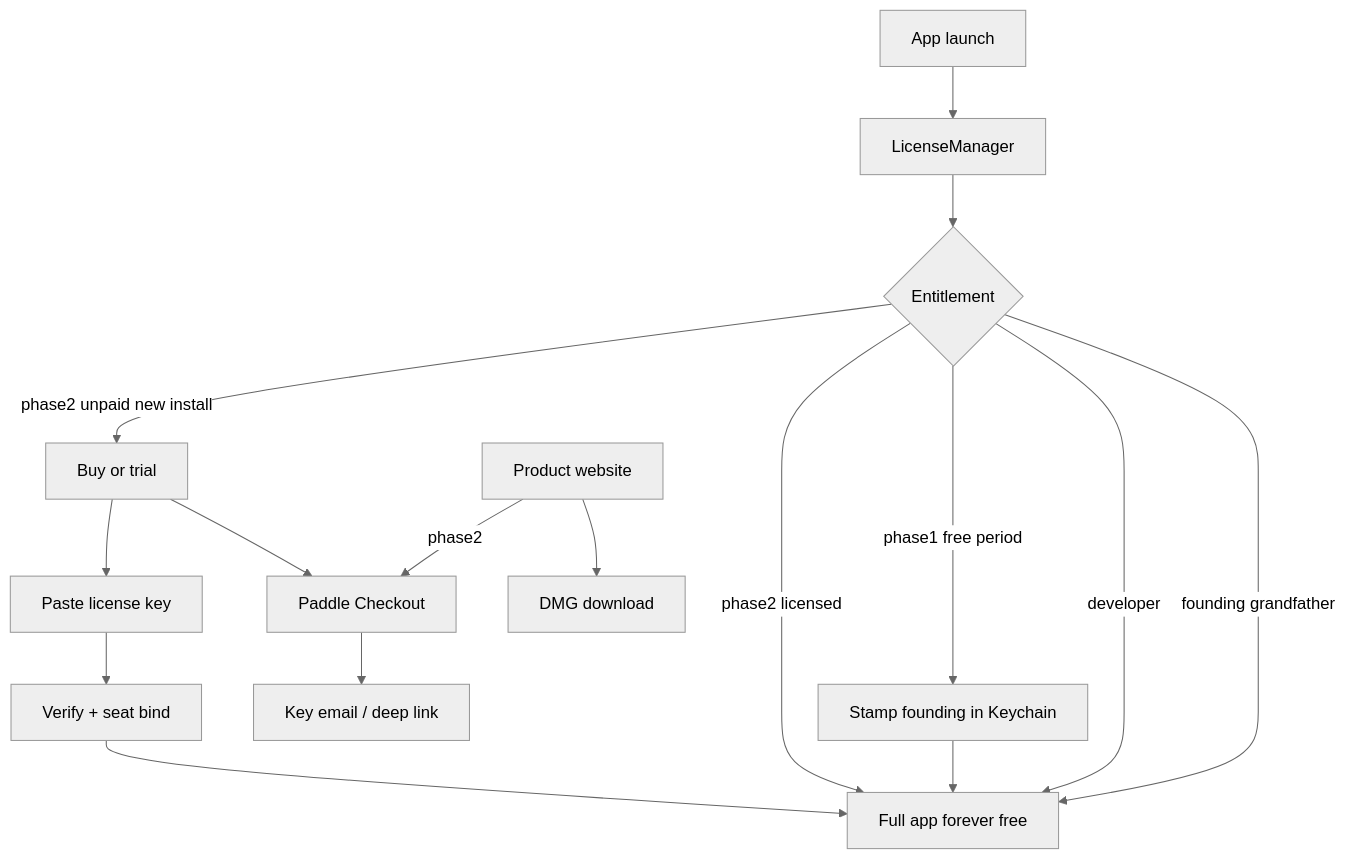
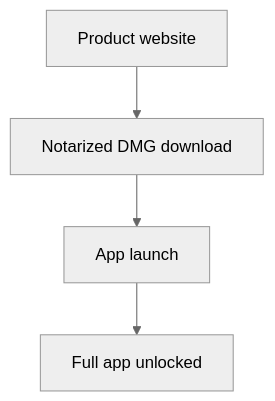
One commit to pkleim10/Skagway changed the first of 3 diagrams in docs/SKAGWAY-GTM-PLAN.md. Above: the diagram before and after it, drawn with Mermaid (neutral theme). The commit also changed other lines of this file and 2 other files, not shown here.

First line of the commit message:
Lock Skagway GTM to free forever (no later paywall).

````diff
--- a/docs/SKAGWAY-GTM-PLAN.md
+++ b/docs/SKAGWAY-GTM-PLAN.md
@@ -83,18 +79,6 @@
 ```mermaid
 flowchart TD
-  launch[App launch] --> lic[LicenseManager]
-  lic --> state{Entitlement}
-  state -->|founding grandfather| full[Full app forever free]
-  state -->|developer| full
-  state -->|phase1 free period| stamp[Stamp founding in Keychain]
-  stamp --> full
-  state -->|phase2 licensed| full
-  state -->|phase2 unpaid new install| gate[Buy or trial]
-  gate --> paddle[Paddle Checkout]
-  gate --> activate[Paste license key]
-  paddle --> key[Key email / deep link]
-  activate --> verify[Verify + seat bind]
-  verify --> full
-  site[Product website] --> dmg[DMG download]
-  site -->|phase2| paddle
+  launch[App launch] --> full[Full app unlocked]
+  site[Product website] --> dmg[Notarized DMG download]
+  dmg --> launch
 ```
````
